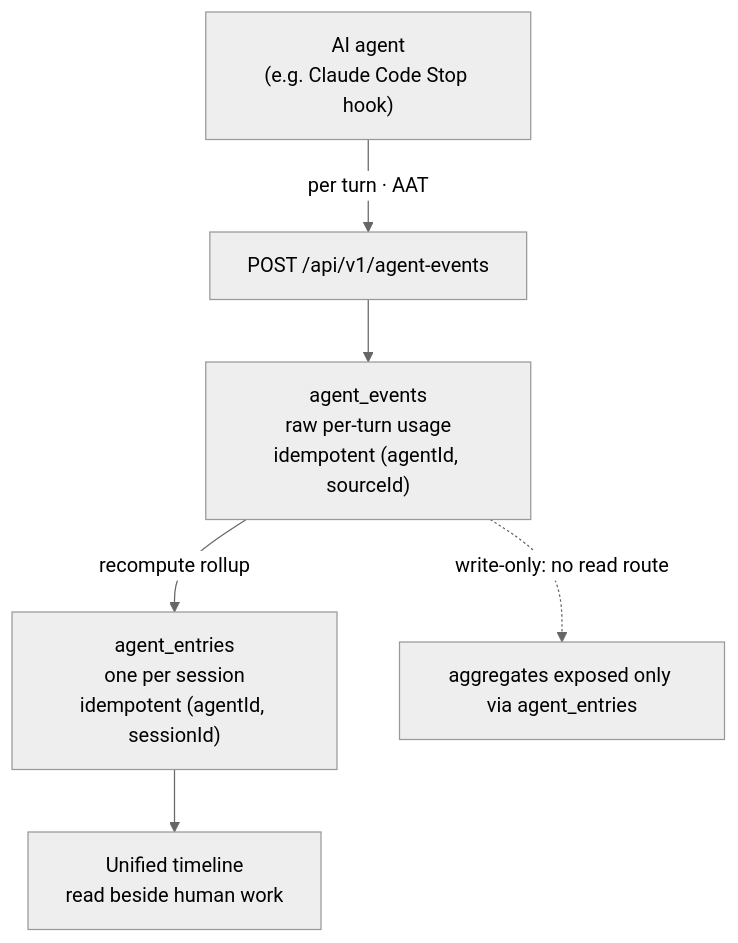
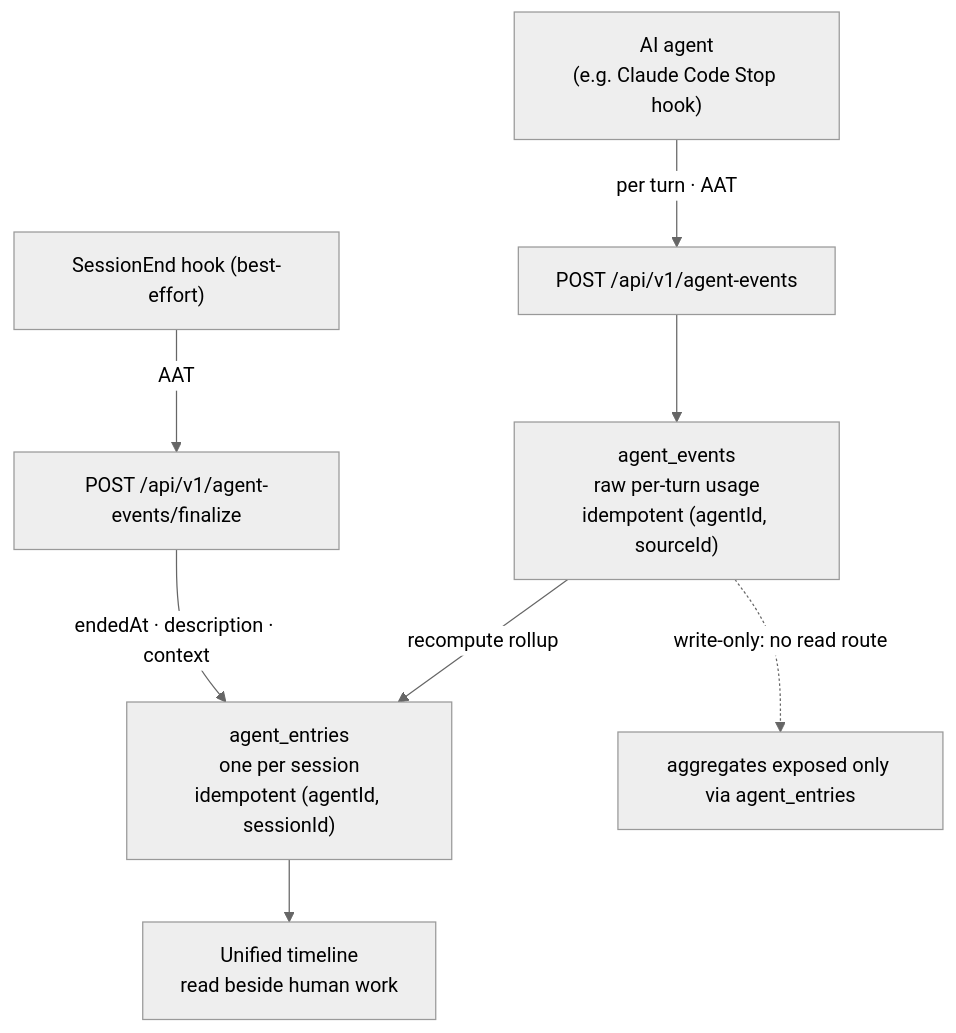
Before and after one commit to spantail/spantail: the eighth of 9 diagrams in docs/data-model.md, drawn with Mermaid (neutral theme). The commit also changed other lines of this file and 19 other files, not shown here.

First line of the commit message:
feat(agents): align agent telemetry with OTel GenAI conventions, add session finalize (#142)

````diff
--- a/docs/data-model.md
+++ b/docs/data-model.md
@@ -235,9 +269,11 @@
 ```mermaid
 flowchart TB
     HOOK["AI agent<br/>(e.g. Claude Code Stop hook)"]
     HOOK -->|"per turn · AAT"| ING["POST /api/v1/agent-events"]
     ING --> EV["agent_events<br/>raw per-turn usage<br/>idempotent (agentId, sourceId)"]
     EV -->|"recompute rollup"| EN["agent_entries<br/>one per session<br/>idempotent (agentId, sessionId)"]
+    FIN["SessionEnd hook (best-effort)"] -->|"AAT"| FR["POST /api/v1/agent-events/finalize"]
+    FR -->|"endedAt · description · context"| EN
     EN --> TL["Unified timeline<br/>read beside human work"]
     EV -. "write-only: no read route" .-> NOTE["aggregates exposed only via agent_entries"]
 ```
````
